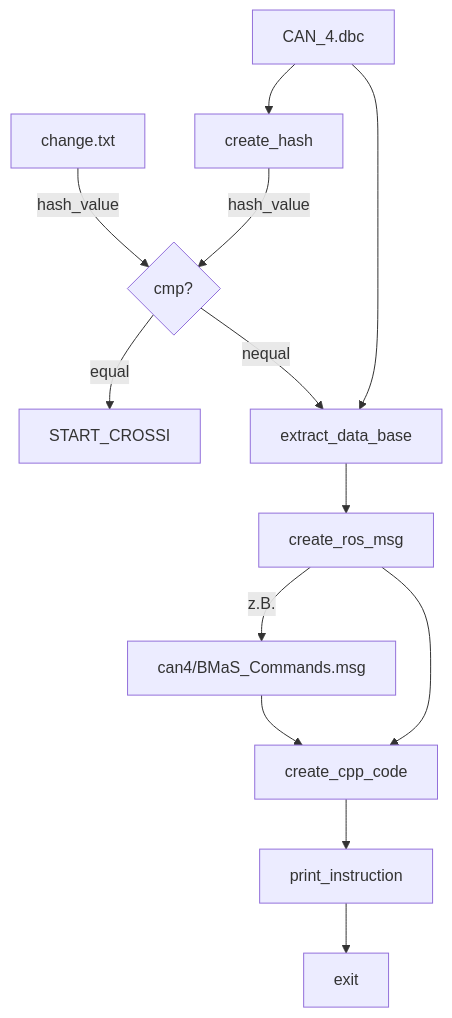
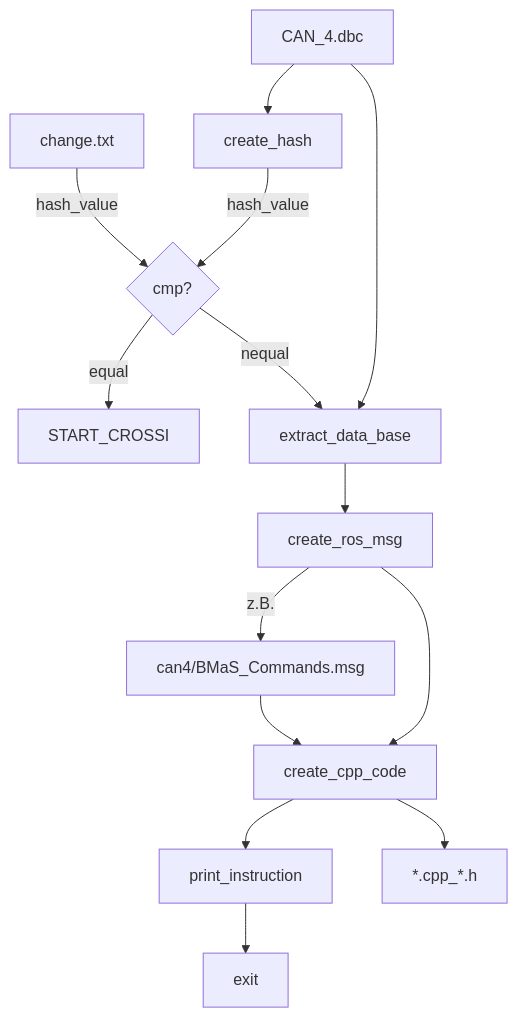
The diagram in docu/ROS_MSG_GEN_UML_ACT.md (Oszimilian/CROSSI), drawn with Mermaid before and after one commit.

````diff
--- a/docu/ROS_MSG_GEN_UML_ACT.md
+++ b/docu/ROS_MSG_GEN_UML_ACT.md
@@ -1,23 +1,20 @@
 ```mermaid
 
 graph TD;
 
     CAN_4.dbc --> create_hash
     change.txt -- hash_value--> cmp_hash{Mode?}
     create_hash -- hash_value --> cmp_hash{cmp?}
     cmp_hash -- equal --> START_CROSSI
     cmp_hash -- nequal --> extract_data_base
     CAN_4.dbc --> extract_data_base
     extract_data_base --> create_ros_msg
     create_ros_msg -- z.B. --> can4/BMaS_Commands.msg
     can4/BMaS_Commands.msg --> create_cpp_code
     create_cpp_code --> print_instruction
     create_ros_msg --> create_cpp_code
     print_instruction --> exit
-
-    
-
-    
+    create_cpp_code --> *.cpp_*.h
 
 
 ```
````
